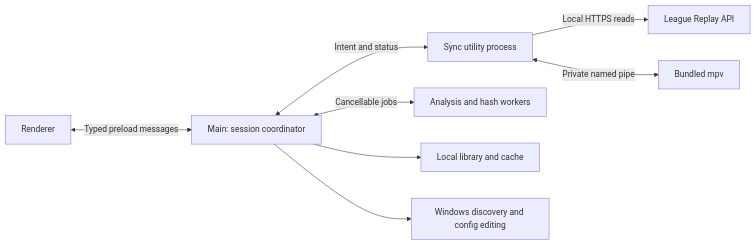
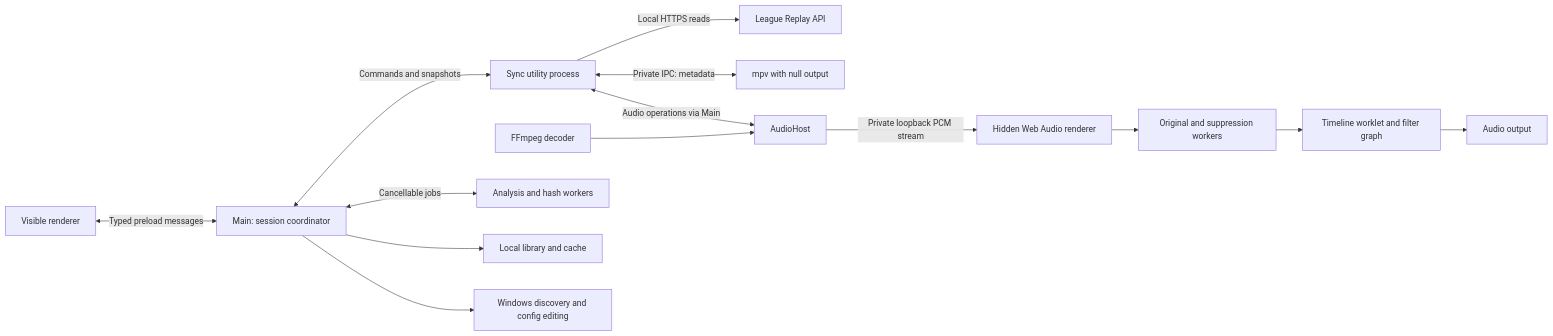
The diagram in IMPLEMENTATION_PLAN.md (felixmirave/league-replay-comms), drawn with Mermaid before and after one commit. The commit also changed other lines of this file and 31 other files, not shown here.

````diff
--- a/IMPLEMENTATION_PLAN.md
+++ b/IMPLEMENTATION_PLAN.md
@@ -116,10 +117,16 @@
 ```mermaid
 flowchart LR
-    UI[Renderer] <-->|Typed preload messages| Main[Main: session coordinator]
-    Main <-->|Intent and status| Sync[Sync utility process]
+    UI[Visible renderer] <-->|Typed preload messages| Main[Main: session coordinator]
+    Main <-->|Commands and snapshots| Sync[Sync utility process]
     Sync -->|Local HTTPS reads| League[League Replay API]
-    Sync <-->|Private named pipe| MPV[Bundled mpv]
+    Sync <-->|Private IPC: metadata| MPV[mpv with null output]
+    Sync <-->|Audio operations via Main| Host[AudioHost]
+    Host -->|Private loopback PCM stream| Audio[Hidden Web Audio renderer]
+    FFmpeg[FFmpeg decoder] --> Host
+    Audio --> Workers[Original and suppression workers]
+    Workers --> Worklet[Timeline worklet and filter graph]
+    Worklet --> Output[Audio output]
     Main <-->|Cancellable jobs| Analysis[Analysis and hash workers]
     Main --> Library[Local library and cache]
     Main --> Windows[Windows discovery and config editing]
 ```
````
